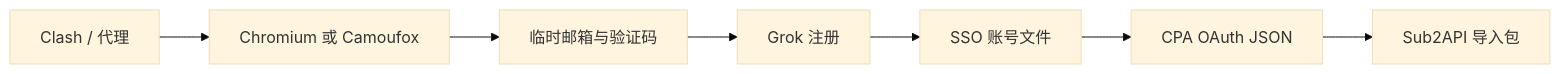
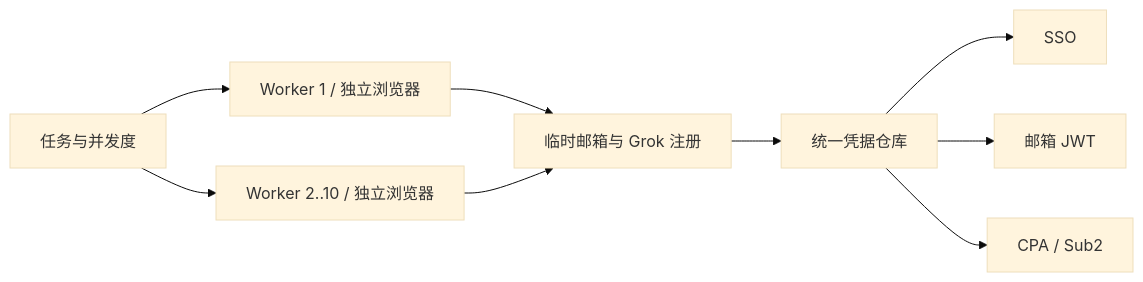
The diagram in README.md (aiis2/grok-register-win), drawn with Mermaid (base theme) before and after one commit. The commit also changed other lines of this file, not shown here.

````diff
--- a/README.md
+++ b/README.md
@@ -37,9 +39,11 @@
 ```mermaid
 flowchart LR
-    A["Clash / 代理"] --> B["Chromium 或 Camoufox"]
-    B --> C["临时邮箱与验证码"]
-    C --> D["Grok 注册"]
-    D --> E["SSO 账号文件"]
-    E --> F["CPA OAuth JSON"]
-    F --> G["Sub2API 导入包"]
+    A["任务与并发度"] --> B1["Worker 1 / 独立浏览器"]
+    A --> B2["Worker 2..10 / 独立浏览器"]
+    B1 --> C["临时邮箱与 Grok 注册"]
+    B2 --> C
+    C --> D["统一凭据仓库"]
+    D --> E["SSO"]
+    D --> F["邮箱 JWT"]
+    D --> G["CPA / Sub2"]
 ```
````
